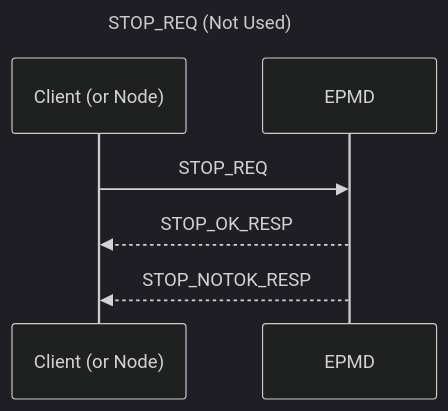
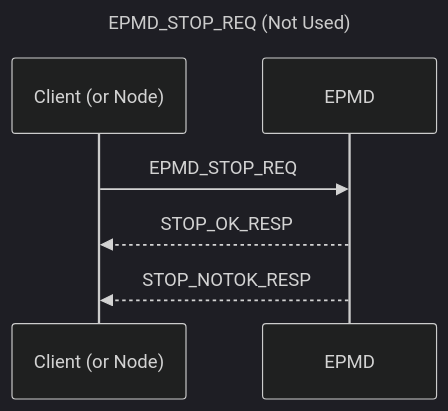
One commit to erlang/otp changed the eighth of 8 diagrams in erts/doc/guides/erl_dist_protocol.md. Above: the diagram before and after it, drawn with Mermaid (dark theme). The commit also changed other lines of this file and 3 other files, not shown here.

````diff
--- a/erts/doc/guides/erl_dist_protocol.md
+++ b/erts/doc/guides/erl_dist_protocol.md
@@ -380,12 +380,12 @@
 ```mermaid
 ---
-title: STOP_REQ (Not Used)
+title: EPMD_STOP_REQ (Not Used)
 ---
 sequenceDiagram
     participant client as Client (or Node)
     participant EPMD
     
-    client ->> EPMD: STOP_REQ
+    client ->> EPMD: EPMD_STOP_REQ
     EPMD -->> client: STOP_OK_RESP
     EPMD -->> client: STOP_NOTOK_RESP
 ```
````
